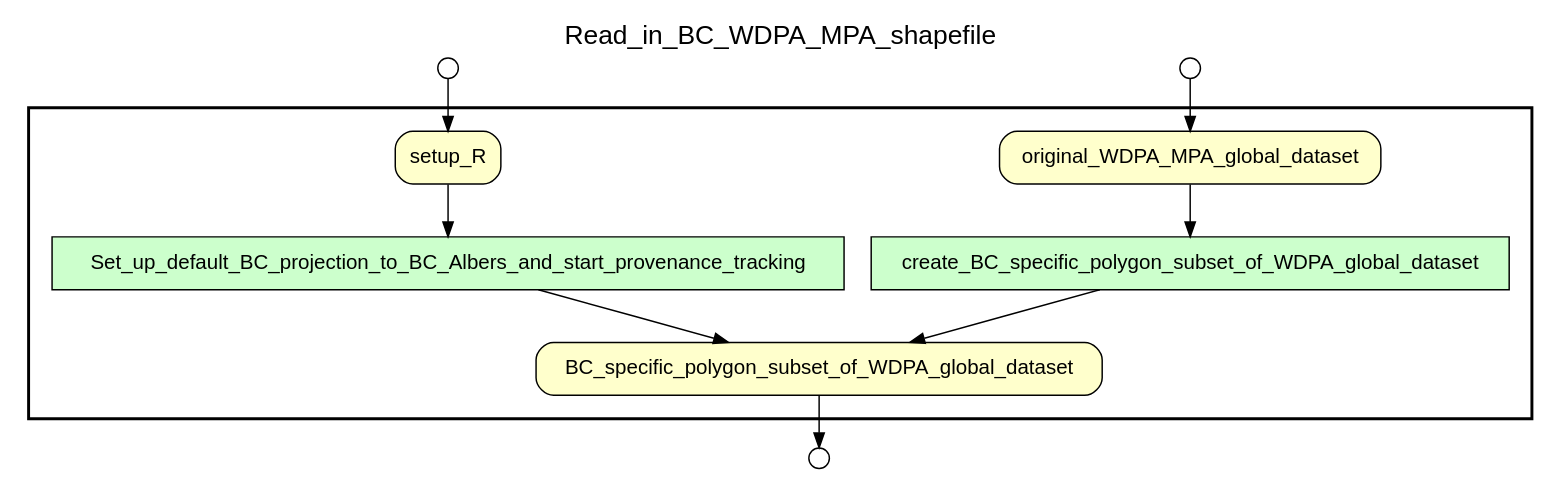
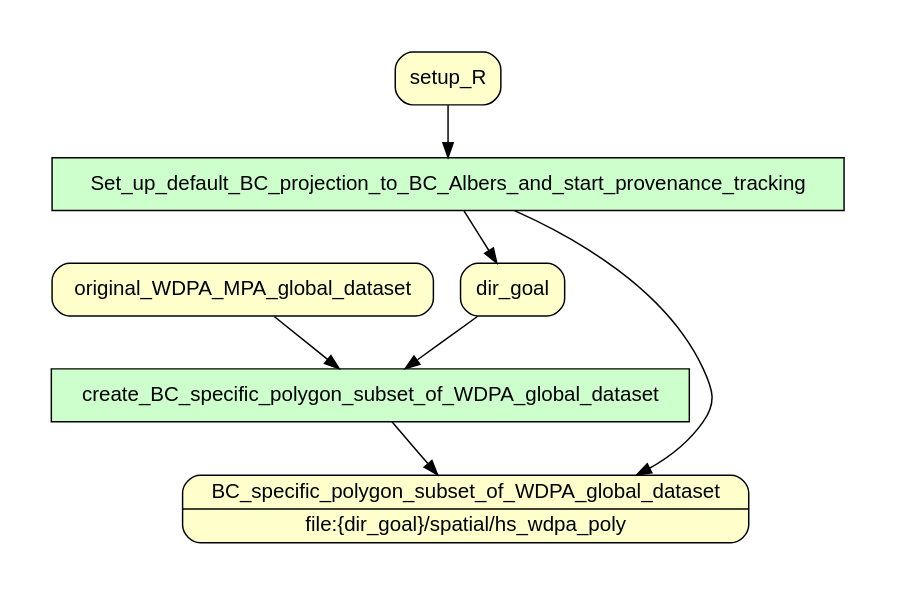
Before and after one commit to sycao5/runManager-multipleRuns: the diagram in examples/OHIBC_Howe_Sound/setup_BC_WDPA_polygons.gv, drawn with Graphviz. The commit also changed 3 other files, not shown here.

Commit message:
Update the setup_BC_WDPA_polygons.R YW annotations .

```diff
--- a/examples/OHIBC_Howe_Sound/setup_BC_WDPA_polygons.gv
+++ b/examples/OHIBC_Howe_Sound/setup_BC_WDPA_polygons.gv
@@ -1,63 +1,38 @@
+
 /* Start of top-level graph */
 digraph Workflow {
 rankdir=TB
 
-/* Title for graph */
-fontname=Helvetica; fontsize=18; labelloc=t
-label=Read_in_BC_WDPA_MPA_shapefile
-
 /* Start of double cluster for drawing box around nodes in workflow */
-subgraph cluster_workflow_box_outer { label=""; color=black; penwidth=2
+subgraph cluster_workflow_box_outer { label=""; penwidth=0
 subgraph cluster_workflow_box_inner { label=""; penwidth=0
 
 /* Style for nodes representing atomic programs in workflow */
 node[shape=box style=filled fillcolor="#CCFFCC" peripheries=1 fontname=Helvetica]
 
 /* Nodes representing atomic programs in workflow */
 Set_up_default_BC_projection_to_BC_Albers_and_start_provenance_tracking
 create_BC_specific_polygon_subset_of_WDPA_global_dataset
 
 /* Style for nodes representing non-parameter data channels in workflow */
 node[shape=box style="rounded,filled" fillcolor="#FFFFCC" peripheries=1 fontname=Helvetica]
 
-/* Nodes for non-parameter data channels in workflow */
-BC_specific_polygon_subset_of_WDPA_global_dataset
+/* Nodes representing non-parameter data channels in workflow */
+BC_specific_polygon_subset_of_WDPA_global_dataset [shape=record rankdir=LR label="{<f0> BC_specific_polygon_subset_of_WDPA_global_dataset |<f1> file\:\{dir_goal\}/spatial/hs_wdpa_poly}"];
 setup_R
 original_WDPA_MPA_global_dataset
-
-/* Style for nodes representing parameter channels in workflow */
-node[shape=box style="rounded,filled" fillcolor="#FCFCFC" peripheries=1 fontname=Helvetica]
-
-/* Nodes representing parameter channels in workflow */
+dir_goal
 
 /* Edges representing connections between programs and channels */
+Set_up_default_BC_projection_to_BC_Albers_and_start_provenance_tracking -> dir_goal
 Set_up_default_BC_projection_to_BC_Albers_and_start_provenance_tracking -> BC_specific_polygon_subset_of_WDPA_global_dataset
 setup_R -> Set_up_default_BC_projection_to_BC_Albers_and_start_provenance_tracking
 create_BC_specific_polygon_subset_of_WDPA_global_dataset -> BC_specific_polygon_subset_of_WDPA_global_dataset
 original_WDPA_MPA_global_dataset -> create_BC_specific_polygon_subset_of_WDPA_global_dataset
+dir_goal -> create_BC_specific_polygon_subset_of_WDPA_global_dataset
 
 /* End of double cluster for drawing box around nodes in workflow */
 }}
 
-/* Style for nodes representing workflow input ports */
-node[shape=circle style="rounded,filled" fillcolor="#FFFFFF" peripheries=1 fontname=Helvetica width=0.2]
-
-/* Nodes representing workflow input ports */
-setup_R_input_port [label=""]
-original_WDPA_MPA_global_dataset_input_port [label=""]
-
-/* Style for nodes representing workflow output ports */
-node[shape=circle style="rounded,filled" fillcolor="#FFFFFF" peripheries=1 fontname=Helvetica width=0.2]
-
-/* Nodes representing workflow output ports */
-BC_specific_polygon_subset_of_WDPA_global_dataset_output_port [label=""]
-
-/* Edges from input ports to channels */
-setup_R_input_port -> setup_R
-original_WDPA_MPA_global_dataset_input_port -> original_WDPA_MPA_global_dataset
-
-/* Edges from channels to output ports */
-BC_specific_polygon_subset_of_WDPA_global_dataset -> BC_specific_polygon_subset_of_WDPA_global_dataset_output_port
-
 /* End of top-level graph */
 }
```
